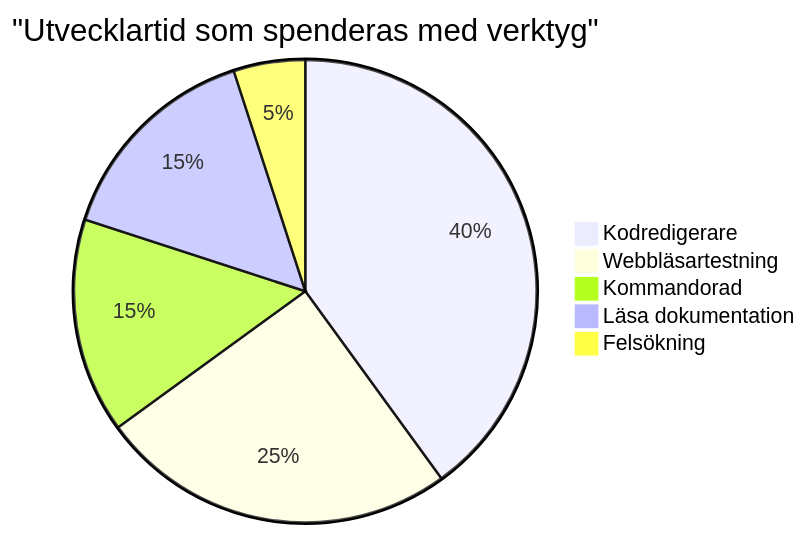
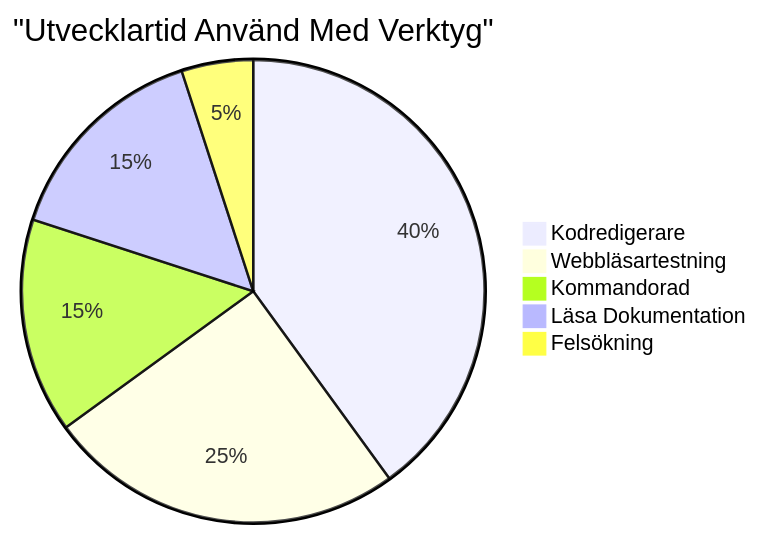
The sixth of 7 diagrams in translations/sv/1-getting-started-lessons/1-intro-to-programming-languages/README.md (microsoft/Web-Dev-For-Beginners), drawn with Mermaid before and after one commit. The commit also changed other lines of this file and 8 other files, not shown here.

````diff
--- a/translations/sv/1-getting-started-lessons/1-intro-to-programming-languages/README.md
+++ b/translations/sv/1-getting-started-lessons/1-intro-to-programming-languages/README.md
@@ -713,8 +713,8 @@
 ```mermaid
-pie title "Utvecklartid som spenderas med verktyg"
+pie title "Utvecklartid Använd Med Verktyg"
     "Kodredigerare" : 40
     "Webbläsartestning" : 25
     "Kommandorad" : 15
-    "Läsa dokumentation" : 15
+    "Läsa Dokumentation" : 15
     "Felsökning" : 5
 ```
````
